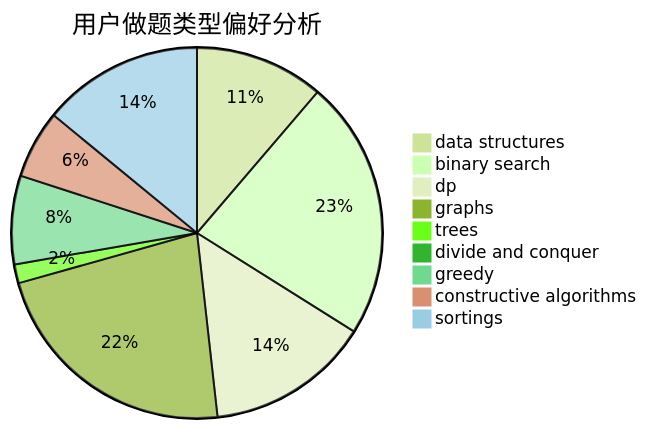
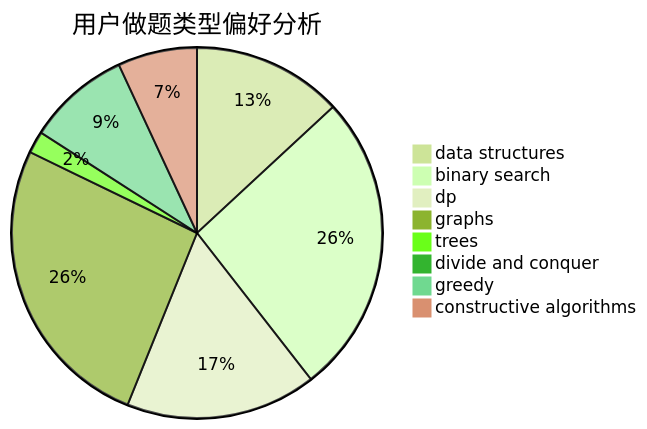
Before and after one commit to sherpahu/cfrs.github.io: the second of 3 diagrams in docs/user/u580.md, drawn with Mermaid (forest theme). The commit also changed other lines of this file and 2769 other files, not shown here.

````diff
--- a/docs/user/u580.md
+++ b/docs/user/u580.md
@@ -18,12 +18,11 @@
 ```mermaid
 pie title 用户做题类型偏好分析
     "data structures" :  89
     "binary search" :  179
     "dp" :  113
     "graphs" :  177
     "trees" :  13
     "divide and conquer" :  0
     "greedy" :  61
     "constructive algorithms" :  47
-    "sortings" :  111
 ```
````
